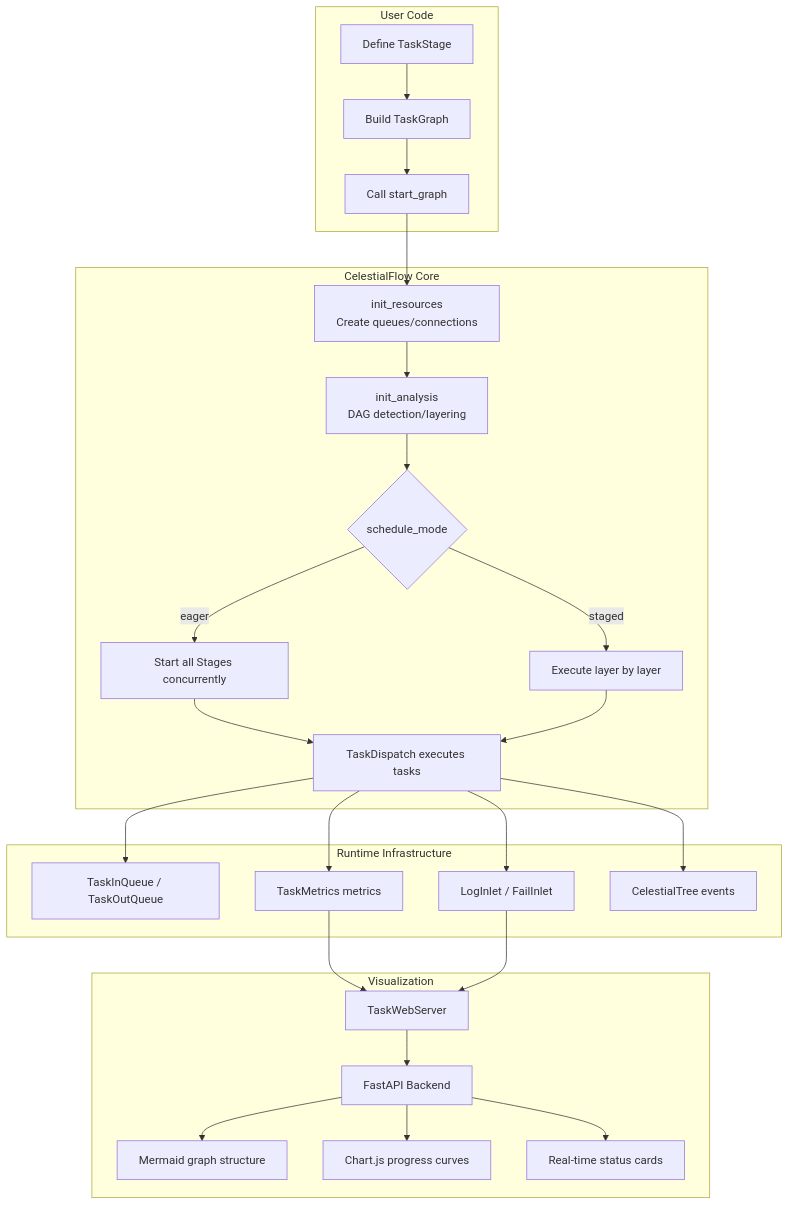
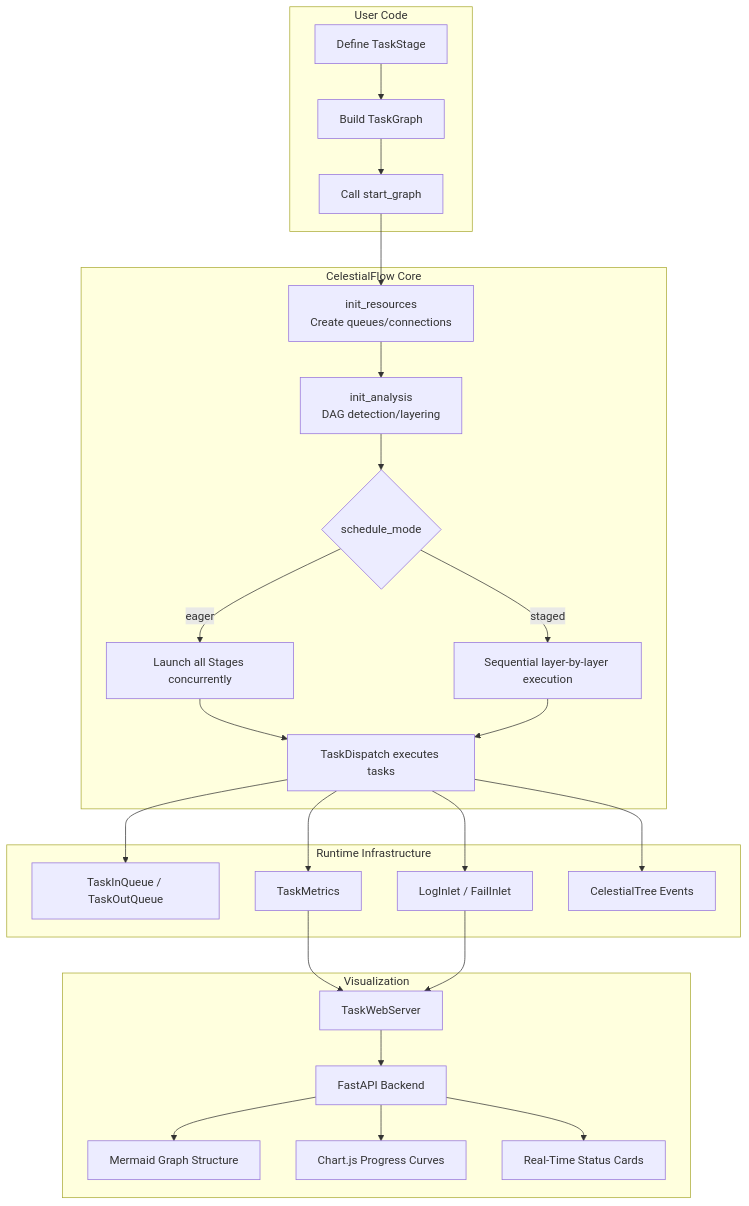
The first of 9 diagrams in docs/en/presentation.md (Mr-xiaotian/CelestialFlow), drawn with Mermaid before and after one commit. The commit also changed other lines of this file and 278 other files, not shown here.

````diff
--- a/docs/en/presentation.md
+++ b/docs/en/presentation.md
@@ -76,34 +76,34 @@
 ```mermaid
 graph TB
     subgraph User Code
         A[Define TaskStage] --> B[Build TaskGraph]
         B --> C[Call start_graph]
     end
 
     subgraph CelestialFlow Core
         C --> D[init_resources<br/>Create queues/connections]
         D --> E[init_analysis<br/>DAG detection/layering]
         E --> F{schedule_mode}
-        F -->|eager| G[Start all Stages concurrently]
-        F -->|staged| H[Execute layer by layer]
+        F -->|eager| G[Launch all Stages concurrently]
+        F -->|staged| H[Sequential layer-by-layer execution]
         G --> I[TaskDispatch executes tasks]
         H --> I
     end
 
     subgraph Runtime Infrastructure
         I --> J[TaskInQueue / TaskOutQueue]
-        I --> K[TaskMetrics metrics]
+        I --> K[TaskMetrics]
         I --> L[LogInlet / FailInlet]
-        I --> M[CelestialTree events]
+        I --> M[CelestialTree Events]
     end
 
     subgraph Visualization
         N[TaskWebServer] --> O[FastAPI Backend]
-        O --> P[Mermaid graph structure]
-        O --> Q[Chart.js progress curves]
-        O --> R[Real-time status cards]
+        O --> P[Mermaid Graph Structure]
+        O --> Q[Chart.js Progress Curves]
+        O --> R[Real-Time Status Cards]
     end
 
     K --> N
     L --> N
 ```
````
